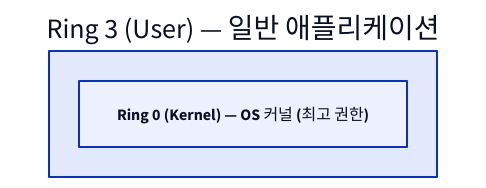
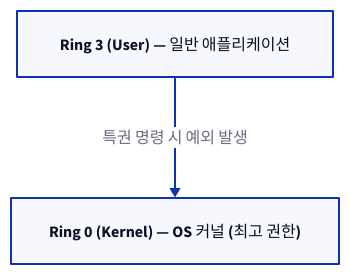
The seventh of 7 diagrams in topics/virtualization/docs/01_virtualization_fundamentals.md (humbleowl39/DV_SKOOL), drawn with D2 before and after one commit. The commit also changed other lines of this file and 90 other files, not shown here.

First line of the commit message:
docs: 전 토픽 다이어그램 정비 — ASCII→D2, mermaid→D2, 과대 D2 가시성 수정

````diff
--- a/topics/virtualization/docs/01_virtualization_fundamentals.md
+++ b/topics/virtualization/docs/01_virtualization_fundamentals.md
@@ -327,8 +322,7 @@
 ```d2
 direction: down
 
-R3: "Ring 3 (User) — 일반 애플리케이션" {
-  direction: down
-  R0: "Ring 0 (Kernel) — OS 커널 (최고 권한)"
-}
+R3: "Ring 3 (User) — 일반 애플리케이션"
+R0: "Ring 0 (Kernel) — OS 커널 (최고 권한)"
+R3 -> R0: "특권 명령 시 예외 발생"
 ```
````
